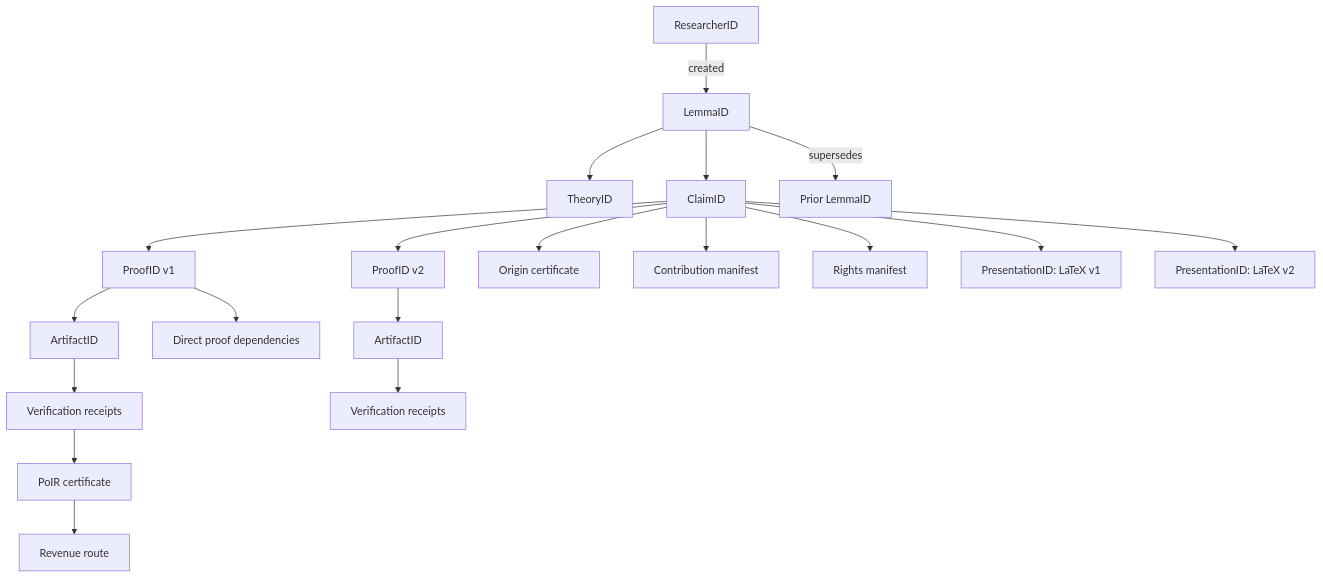
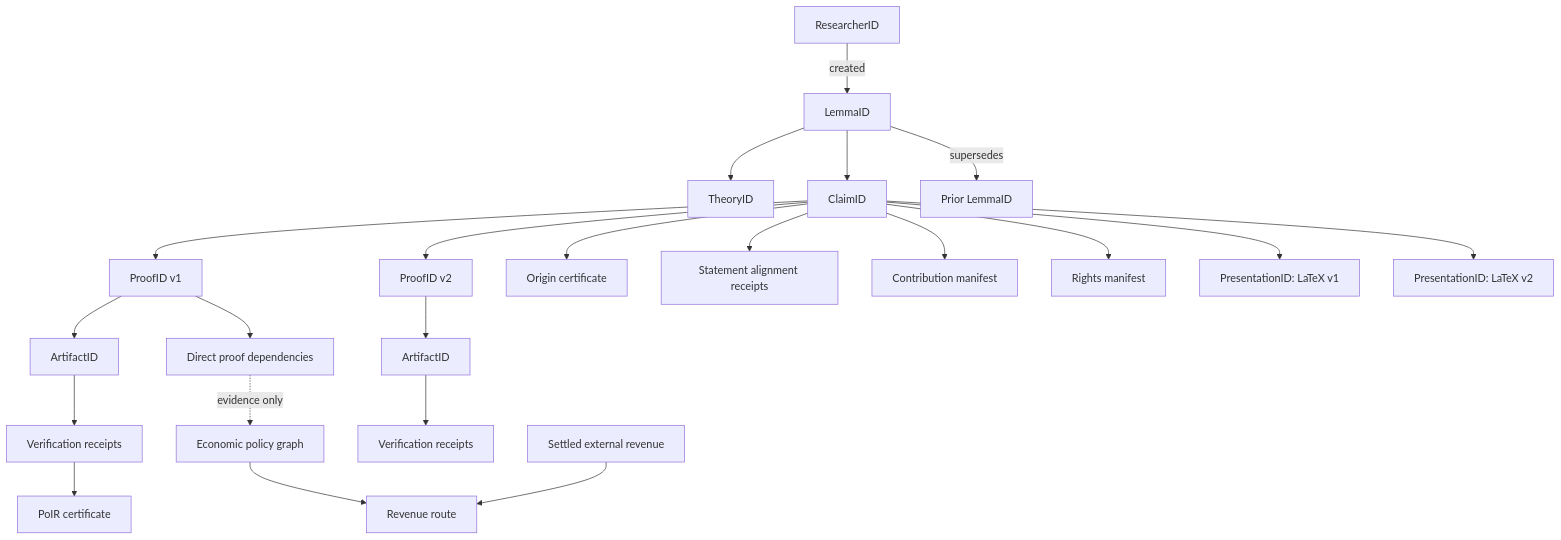
Before and after one commit to jetspace/xlemma-protocol: the eighth of 10 diagrams in docs/ARCHITECTURE_DIAGRAMS.md, drawn with Mermaid. The commit also changed other lines of this file and 67 other files, not shown here.

````diff
--- a/docs/ARCHITECTURE_DIAGRAMS.md
+++ b/docs/ARCHITECTURE_DIAGRAMS.md
@@ -239,21 +240,24 @@
 ```mermaid
 graph TD
     RID[ResearcherID] -->|created| LID[LemmaID]
     LID --> TID[TheoryID]
     LID --> CID[ClaimID]
     CID --> PID1[ProofID v1]
     CID --> PID2[ProofID v2]
     PID1 --> AID1[ArtifactID]
     PID2 --> AID2[ArtifactID]
     AID1 --> VR1[Verification receipts]
     AID2 --> VR2[Verification receipts]
     CID --> ORI[Origin certificate]
+    CID --> ALIGN[Statement alignment receipts]
     CID --> CM[Contribution manifest]
     CID --> RM[Rights manifest]
     CID --> PR1[PresentationID: LaTeX v1]
     CID --> PR2[PresentationID: LaTeX v2]
     PID1 --> DEP[Direct proof dependencies]
     VR1 --> CERT[PoIR certificate]
-    CERT --> REV[Revenue route]
+    ECON[Economic policy graph] --> REV[Revenue route]
+    SETTLE[Settled external revenue] --> REV
+    DEP -. evidence only .-> ECON
     LID -->|supersedes| OLD[Prior LemmaID]
 ```
````
